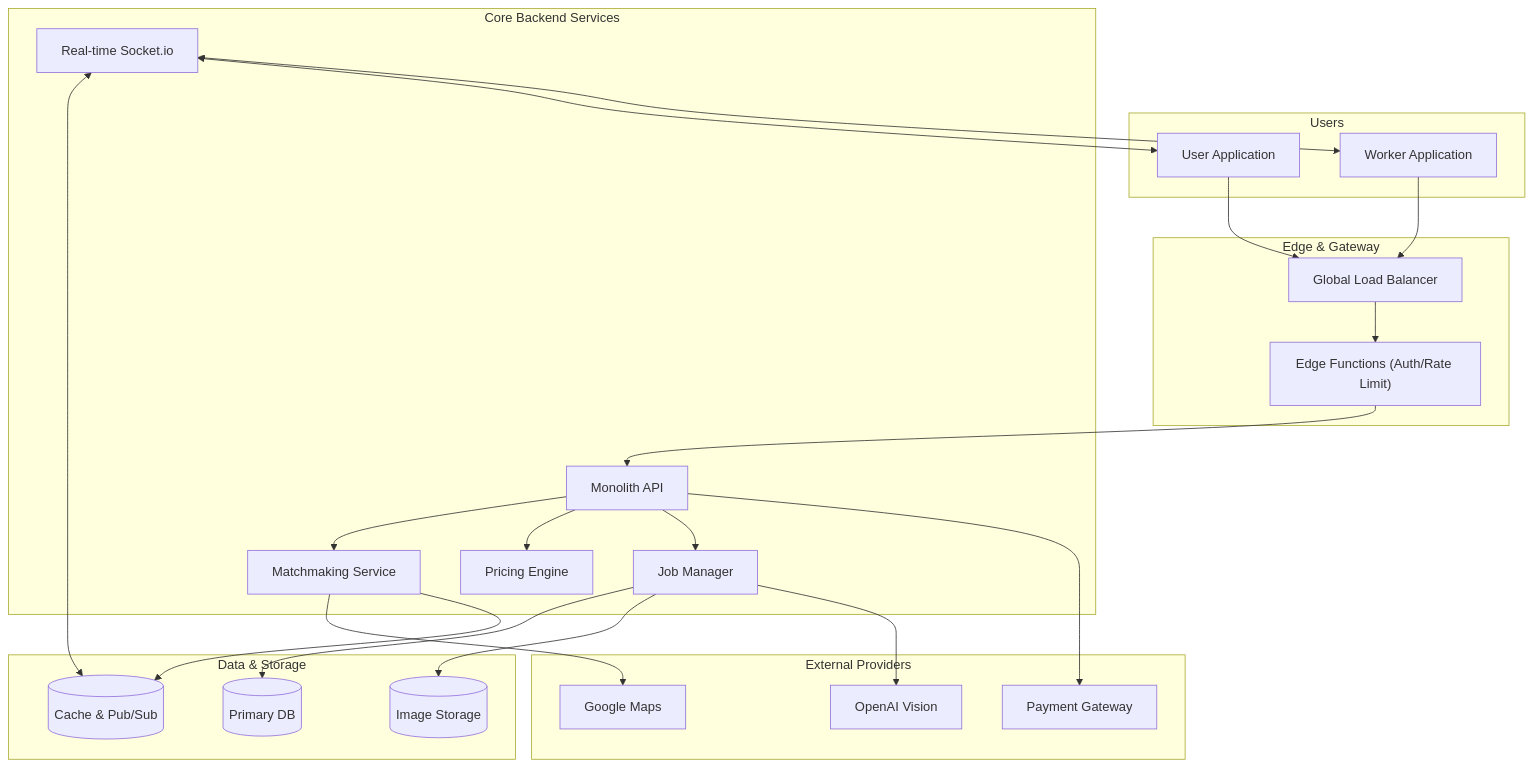
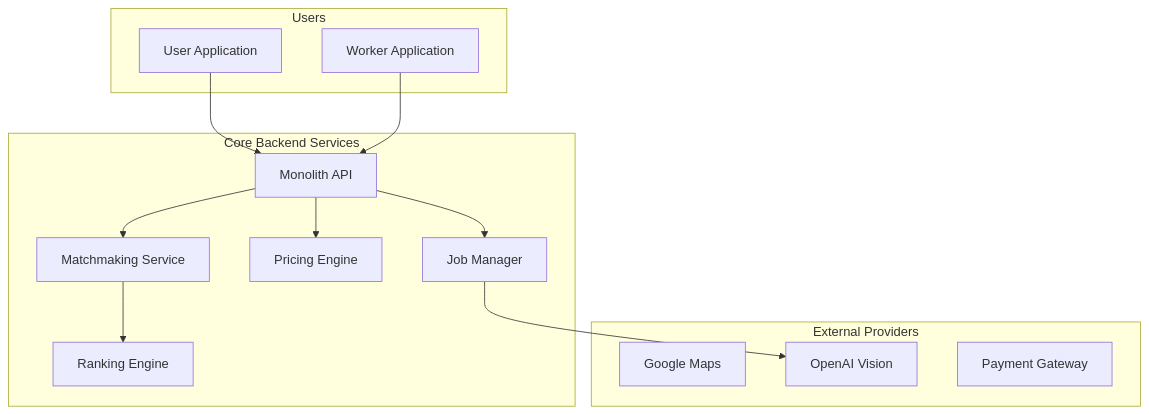
The first of 5 diagrams in docs_detailed_flows/detailed/COMBINED_FLOWS.md (Somilg11/oddigo-v2), drawn with Mermaid before and after one commit. The commit also changed other lines of this file and 4 other files, not shown here.

````diff
--- a/docs_detailed_flows/detailed/COMBINED_FLOWS.md
+++ b/docs_detailed_flows/detailed/COMBINED_FLOWS.md
@@ -8,54 +8,29 @@
 ```mermaid
 graph TD
     subgraph Users
         UserApp[User Application]
         WorkerApp[Worker Application]
     end
 
-    subgraph "Edge & Gateway"
-        GLB[Global Load Balancer]
-        Edge["Edge Functions (Auth/Rate Limit)"]
-    end
-
     subgraph "Core Backend Services"
         API[Monolith API]
         Match[Matchmaking Service]
         Pricing[Pricing Engine]
-        Socket[Real-time Socket.io]
+        Ranking[Ranking Engine]
         JobMgr[Job Manager]
-    end
-
-    subgraph "Data & Storage"
-        Postgres[(Primary DB)]
-        Redis[(Cache & Pub/Sub)]
-        S3[(Image Storage)]
     end
 
     subgraph "External Providers"
         Maps[Google Maps]
         AI[OpenAI Vision]
         Stripe[Payment Gateway]
     end
 
-    UserApp --> GLB
-    WorkerApp --> GLB
-    GLB --> Edge
-    Edge --> API
-    
+    UserApp --> API
+    WorkerApp --> API
+    API --> Pricing
     API --> Match
-    API --> Pricing
+    Match --> Ranking
     API --> JobMgr
-    
-    Match --> Maps
-    Match --> Redis
-    
-    JobMgr --> Postgres
-    JobMgr --> S3
     JobMgr --> AI
-    
-    API --> Stripe
-    
-    Socket <--> Redis
-    Socket <--> UserApp
-    Socket <--> WorkerApp
 ```
````
